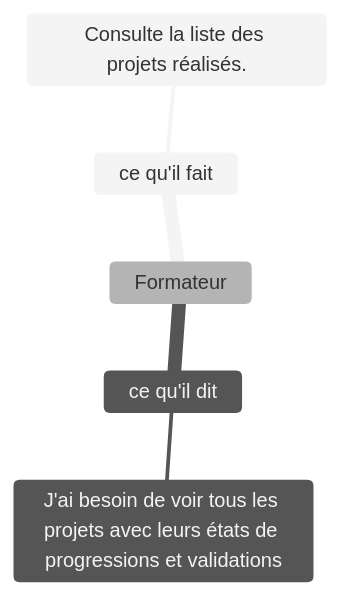
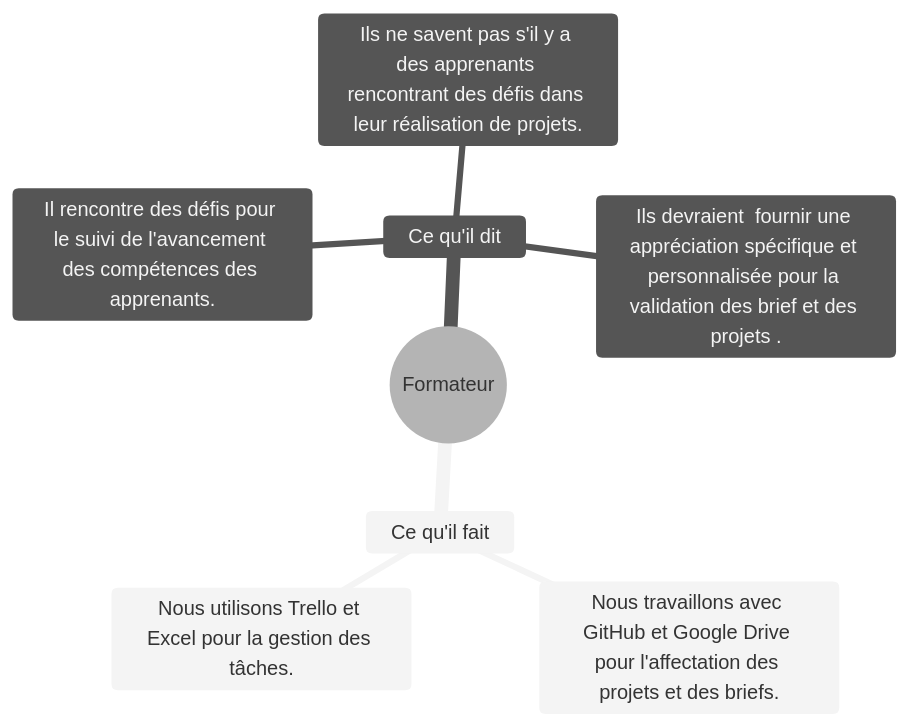
Before and after one commit to solicoders/soli-lms: the diagram in docs/Besoin/pkg_realisation_projets/carte-empathie-Formateur.mmd, drawn with Mermaid (neutral theme). The commit also changed other lines of this file and 11 other files, not shown here.

```diff
--- a/docs/Besoin/pkg_realisation_projets/carte-empathie-Formateur.mmd
+++ b/docs/Besoin/pkg_realisation_projets/carte-empathie-Formateur.mmd
@@ -1,9 +1,12 @@
 %% @config(../../../modélisation/mindmap-config.json)
 mindmap
-Formateur
+  root((Formateur))
 
-       ce qu'il fait
-        Consulte la liste des projets réalisés.
-      ce qu'il dit
+    Ce qu'il fait
+      Nous travaillons avec GitHub et Google Drive pour l'affectation des projets et des briefs.
+      Nous utilisons Trello et Excel pour la gestion des tâches.
 
-       J'ai besoin de voir tous les projets avec leurs états de progressions et validations
+    Ce qu'il dit
+      Il rencontre des défis pour le suivi de l'avancement des compétences des apprenants.
+      Ils ne savent pas s'il y a des apprenants rencontrant des défis dans leur réalisation de projets.
+      Ils devraient  fournir une appréciation spécifique et personnalisée pour la validation des brief et des projets .
```
